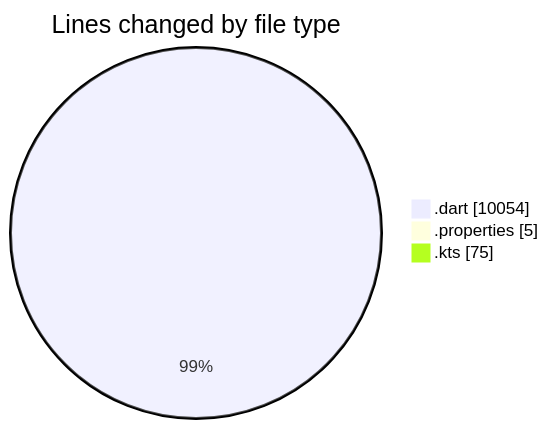
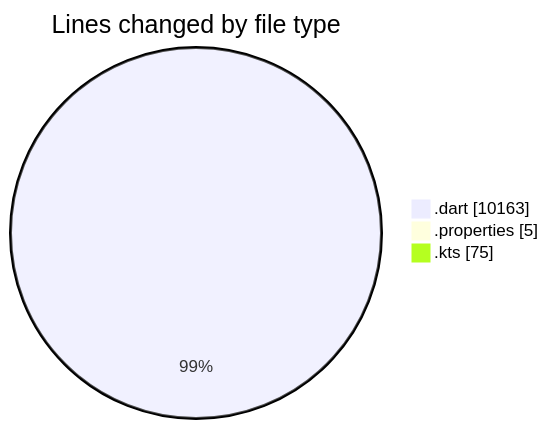
One commit to lephambinh05/code-tracking changed the first of 2 diagrams in 2025-08-25/studybuddy/README.md. Above: the diagram before and after it, drawn with Mermaid. The commit also changed other lines of this file and 1 other file, not shown here.

````diff
--- a/2025-08-25/studybuddy/README.md
+++ b/2025-08-25/studybuddy/README.md
@@ -48,7 +48,7 @@
 ```mermaid
 pie showData
 title Lines changed by file type
-".dart" : 10054
+".dart" : 10163
 ".properties" : 5
 ".kts" : 75
 ```
````
